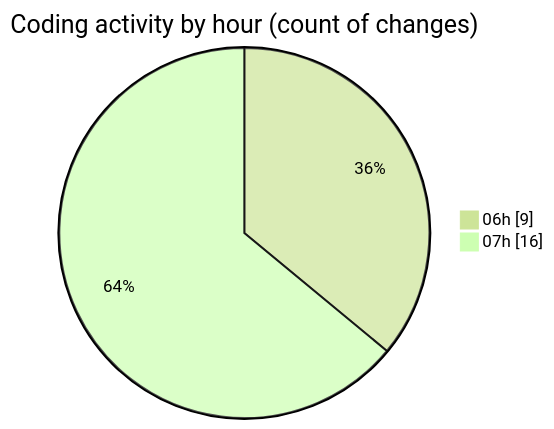
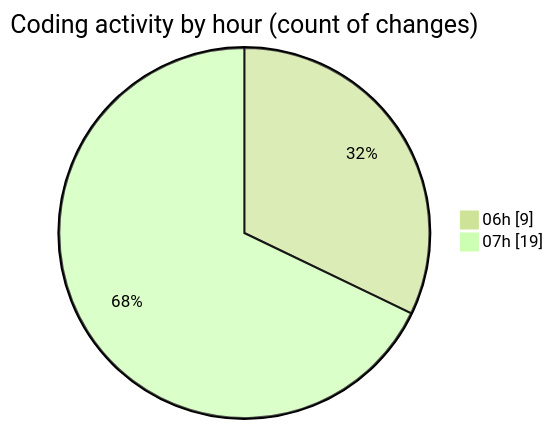
One commit to robertbonfada/code-tracking changed the second of 2 diagrams in 2025-02-18/mbc-web/README.md. Above: the diagram before and after it, drawn with Mermaid (forest theme). The commit also changed other lines of this file and 1 other file, not shown here.

````diff
--- a/2025-02-18/mbc-web/README.md
+++ b/2025-02-18/mbc-web/README.md
@@ -37,6 +38,6 @@
 ```mermaid
 pie showData
 title Coding activity by hour (count of changes)
 "06h" : 9
-"07h" : 16
+"07h" : 19
 ```
````
